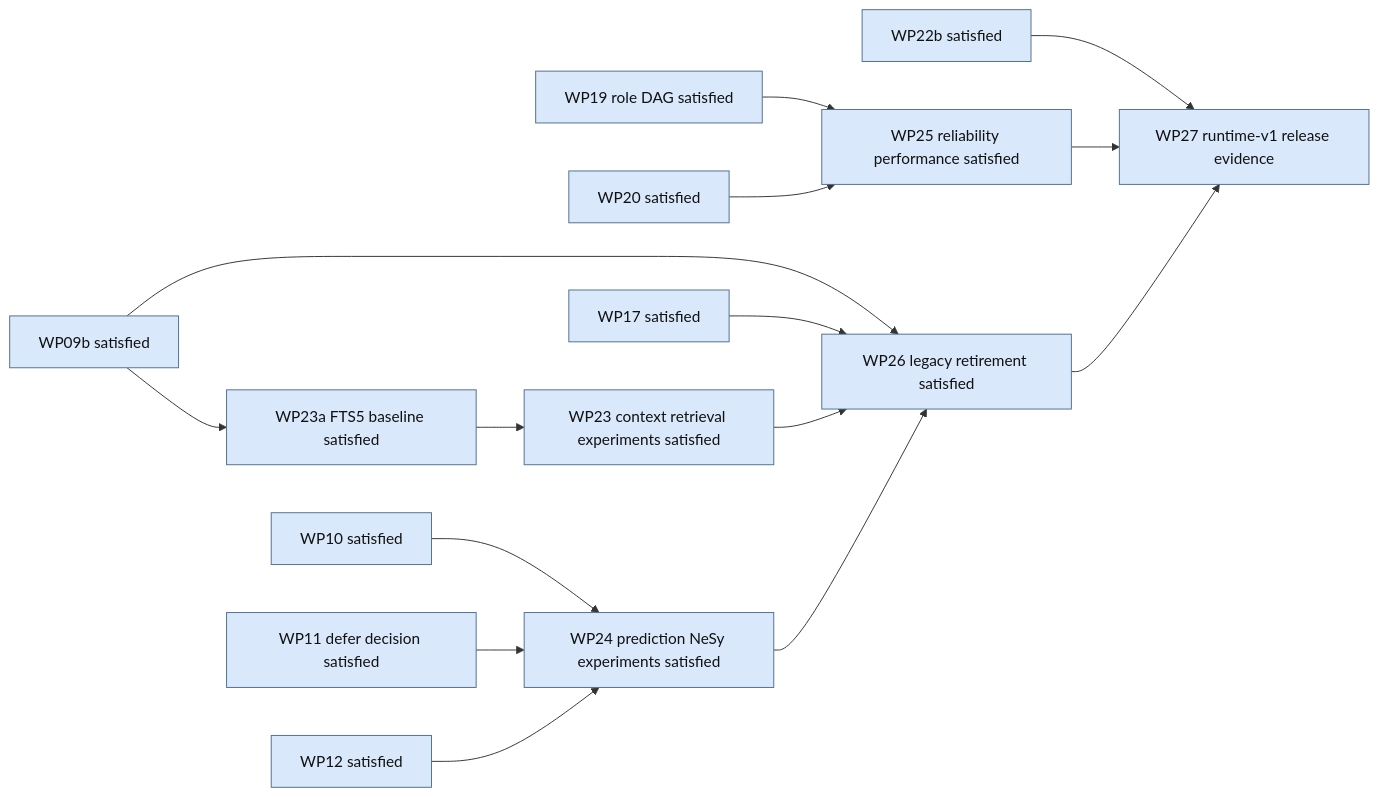
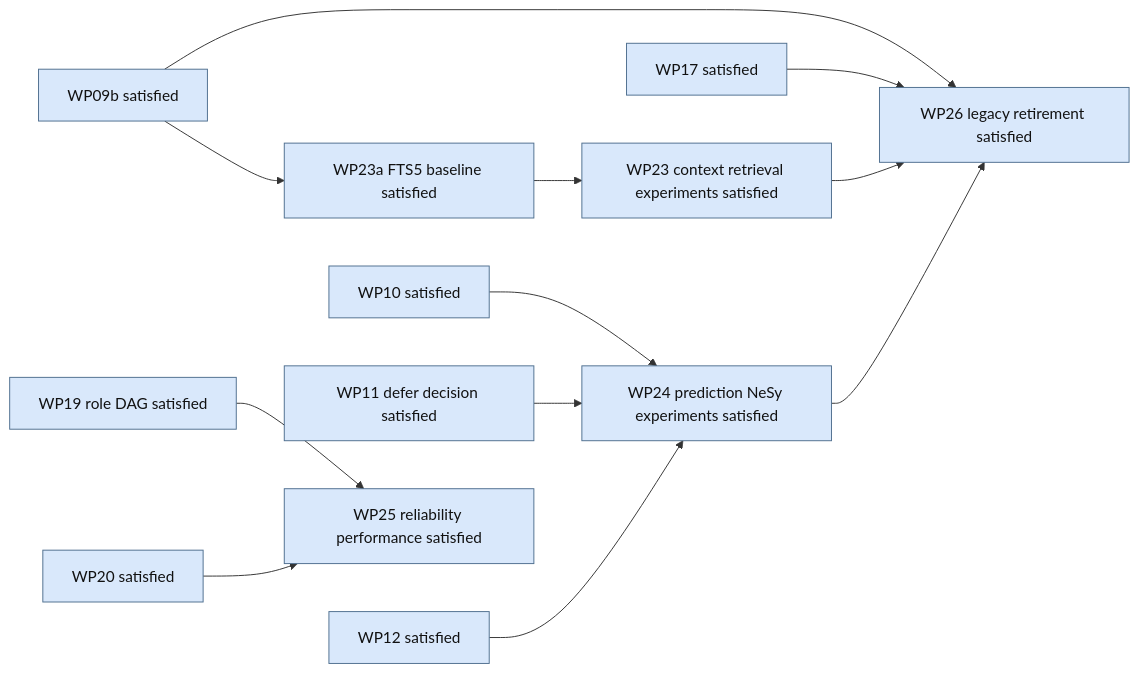
One commit to kmosoti/blackcell changed the second of 2 diagrams in docs/spec/bcp-0034-evolutionary-runtime.md. Above: the diagram before and after it, drawn with Mermaid. The commit also changed other lines of this file and 547 other files, not shown here.

````diff
--- a/docs/spec/bcp-0034-evolutionary-runtime.md
+++ b/docs/spec/bcp-0034-evolutionary-runtime.md
@@ -395,27 +391,23 @@
 ```mermaid
 flowchart LR
     C09[WP09b satisfied] --> F23[WP23a FTS5 baseline satisfied]
     F23 --> X23[WP23 context retrieval experiments satisfied]
 
     T10[WP10 satisfied] --> X24[WP24 prediction NeSy experiments satisfied]
     T11[WP11 defer decision satisfied] --> X24
     N12[WP12 satisfied] --> X24
 
     D19[WP19 role DAG satisfied] --> PERF25[WP25 reliability performance satisfied]
     P20[WP20 satisfied] --> PERF25
 
     C09 --> RET26[WP26 legacy retirement satisfied]
     R17[WP17 satisfied] --> RET26
     X23 --> RET26
     X24 --> RET26
 
-    REC22[WP22b satisfied] --> REL27[WP27 runtime-v1 release evidence]
-    PERF25 --> REL27
-    RET26 --> REL27
-
     classDef satisfied fill:#d9e8fb,stroke:#4f6f8f,color:#111
     classDef ready fill:#fff1b8,stroke:#9a6b00,color:#111
     classDef selected fill:#c9efcf,stroke:#27753a,stroke-width:3px,color:#111
     classDef waiting fill:#eeeeee,stroke:#777,color:#111
-    class C09,F23,X23,T10,T11,N12,X24,D19,P20,R17,REC22,PERF25,RET26,REL27 satisfied
+    class C09,F23,X23,T10,T11,N12,X24,D19,P20,R17,REC22,PERF25,RET26 satisfied
 ```
````
